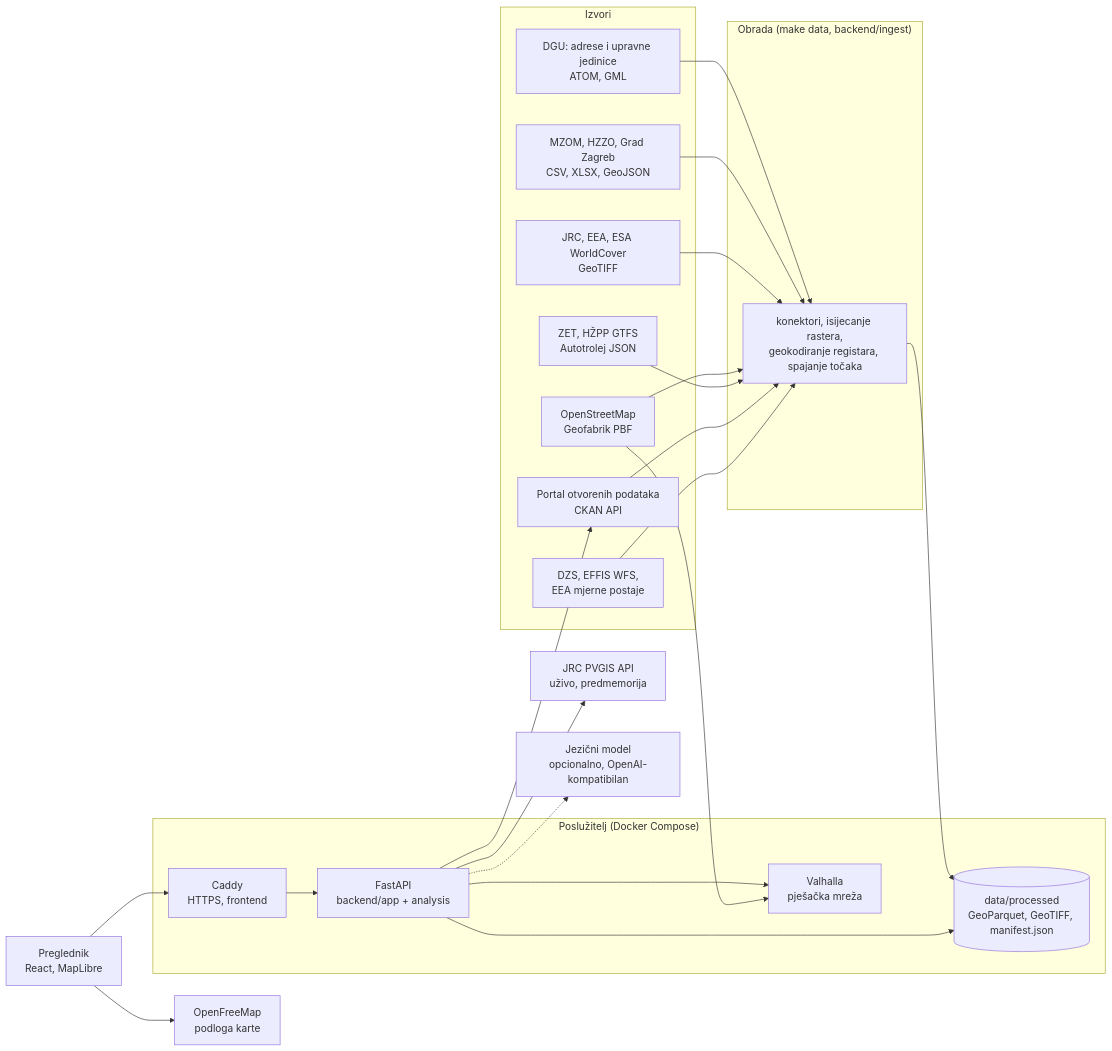
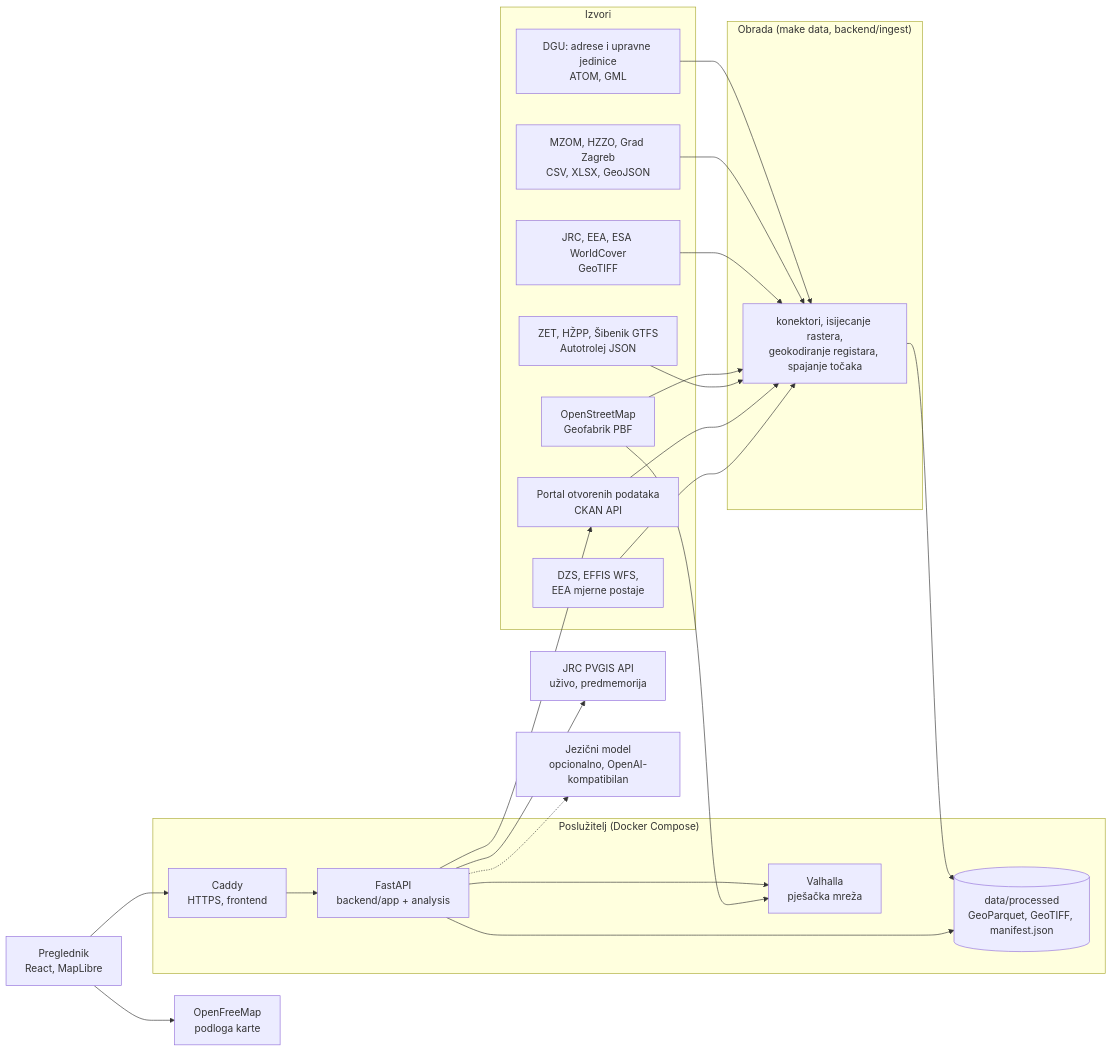
Before and after one commit to dlukas99/datathon_projekt: the diagram in docs/ARHITEKTURA.md, drawn with Mermaid. The commit also changed 12 other files, not shown here.

````diff
--- a/docs/ARHITEKTURA.md
+++ b/docs/ARHITEKTURA.md
@@ -5,35 +5,35 @@
 ```mermaid
 flowchart LR
   subgraph Izvori
     DGU[DGU: adrese i upravne jedinice<br/>ATOM, GML]
     REG[MZOM, HZZO, Grad Zagreb<br/>CSV, XLSX, GeoJSON]
     RAS[JRC, EEA, ESA WorldCover<br/>GeoTIFF]
     OSM[OpenStreetMap<br/>Geofabrik PBF]
-    TT[ZET, HŽPP GTFS<br/>Autotrolej JSON]
+    TT[ZET, HŽPP, Šibenik GTFS<br/>Autotrolej JSON]
     CK[Portal otvorenih podataka<br/>CKAN API]
     EU[DZS, EFFIS WFS,<br/>EEA mjerne postaje]
   end
   subgraph Obrada["Obrada (make data, backend/ingest)"]
     ING[konektori, isijecanje rastera,<br/>geokodiranje registara, spajanje točaka]
   end
   DGU --> ING
   REG --> ING
   RAS --> ING
   OSM --> ING
   TT --> ING
   CK --> ING
   EU --> ING
   ING --> PD[(data/processed<br/>GeoParquet, GeoTIFF, manifest.json)]
   subgraph Posluzitelj["Poslužitelj (Docker Compose)"]
     VH[Valhalla<br/>pješačka mreža]
     CADDY[Caddy<br/>HTTPS, frontend] --> API[FastAPI<br/>backend/app + analysis]
     API --> PD
     API --> VH
   end
   OSM --> VH
   API --> PV[JRC PVGIS API<br/>uživo, predmemorija]
   API --> CK
   API -.-> LLM[Jezični model<br/>opcionalno, OpenAI-kompatibilan]
   U[Preglednik<br/>React, MapLibre] --> CADDY
   U --> OFM[OpenFreeMap<br/>podloga karte]
 ```
````
